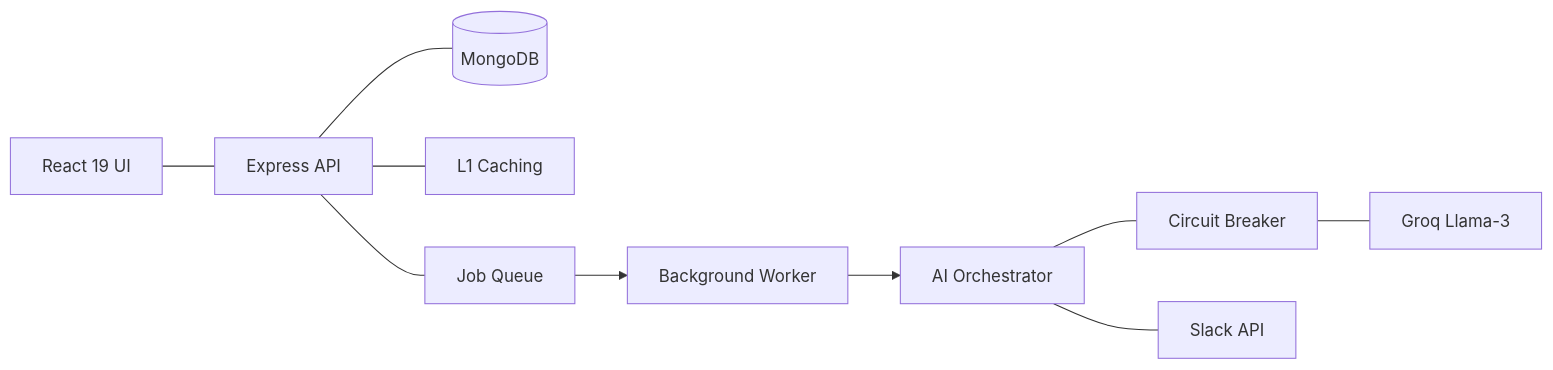
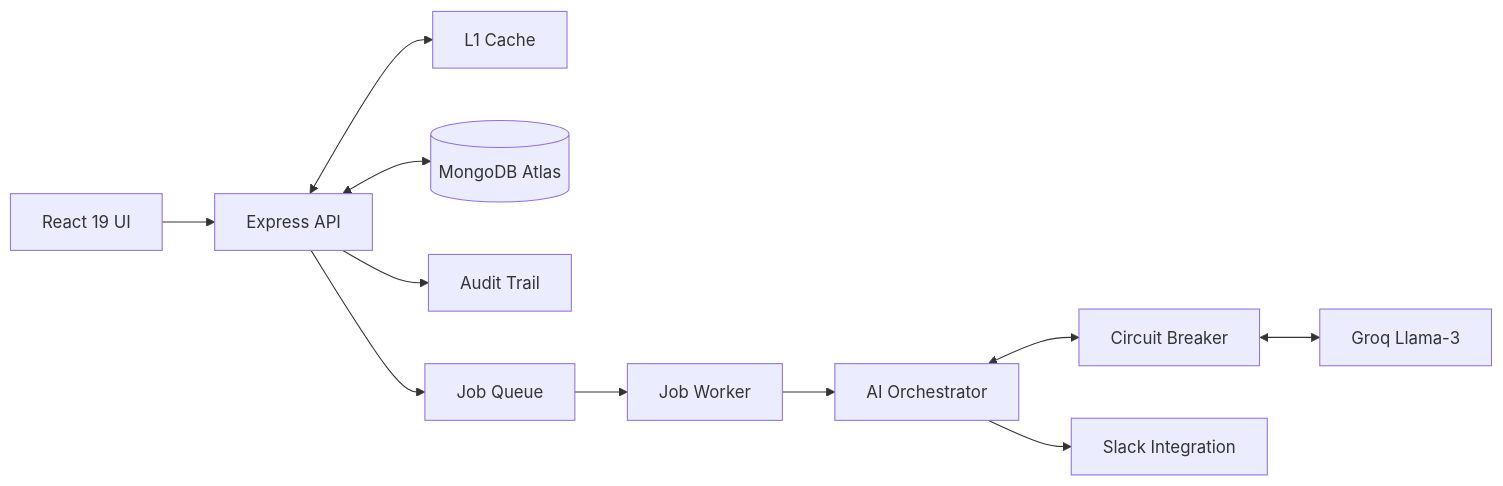
The diagram in README.md (CyberShadowSensei/Project-Manager-AI-Agent), drawn with Mermaid before and after one commit. The commit also changed other lines of this file, not shown here.

Commit message:
docs: add project demo video link

````diff
--- a/README.md
+++ b/README.md
@@ -36,14 +36,15 @@
 ```mermaid
 graph LR
-    UI[React 19 UI] --- API[Express API]
-    API --- DB[(MongoDB)]
-    API --- Cache[L1 Caching]
-    API --- Queue[Job Queue]
+    UI[React 19 UI] --> API[Express API]
+    API <--> Cache[L1 Cache]
+    API <--> DB[(MongoDB Atlas)]
+    API --> Audit[Audit Trail]
     
-    Queue --> Worker[Background Worker]
+    API --> Queue[Job Queue]
+    Queue --> Worker[Job Worker]
     Worker --> AIService[AI Orchestrator]
     
-    AIService --- Breaker[Circuit Breaker]
-    Breaker --- LLM[Groq Llama-3]
-    AIService --- Slack[Slack API]
+    AIService <--> Breaker[Circuit Breaker]
+    Breaker <--> LLM[Groq Llama-3]
+    AIService --> Slack[Slack Integration]
 ```
````
